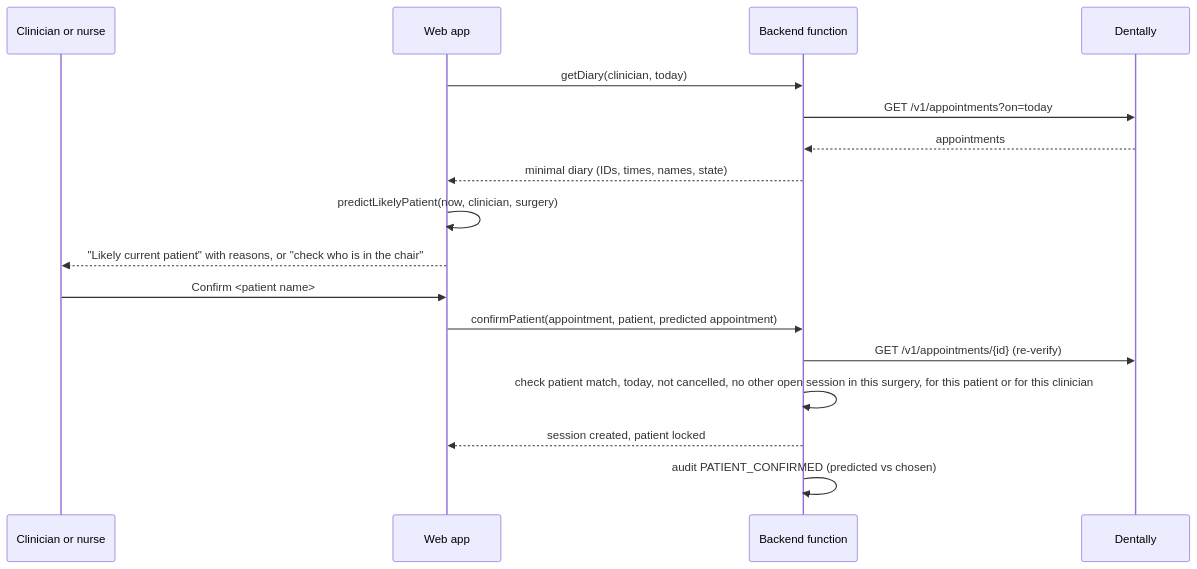
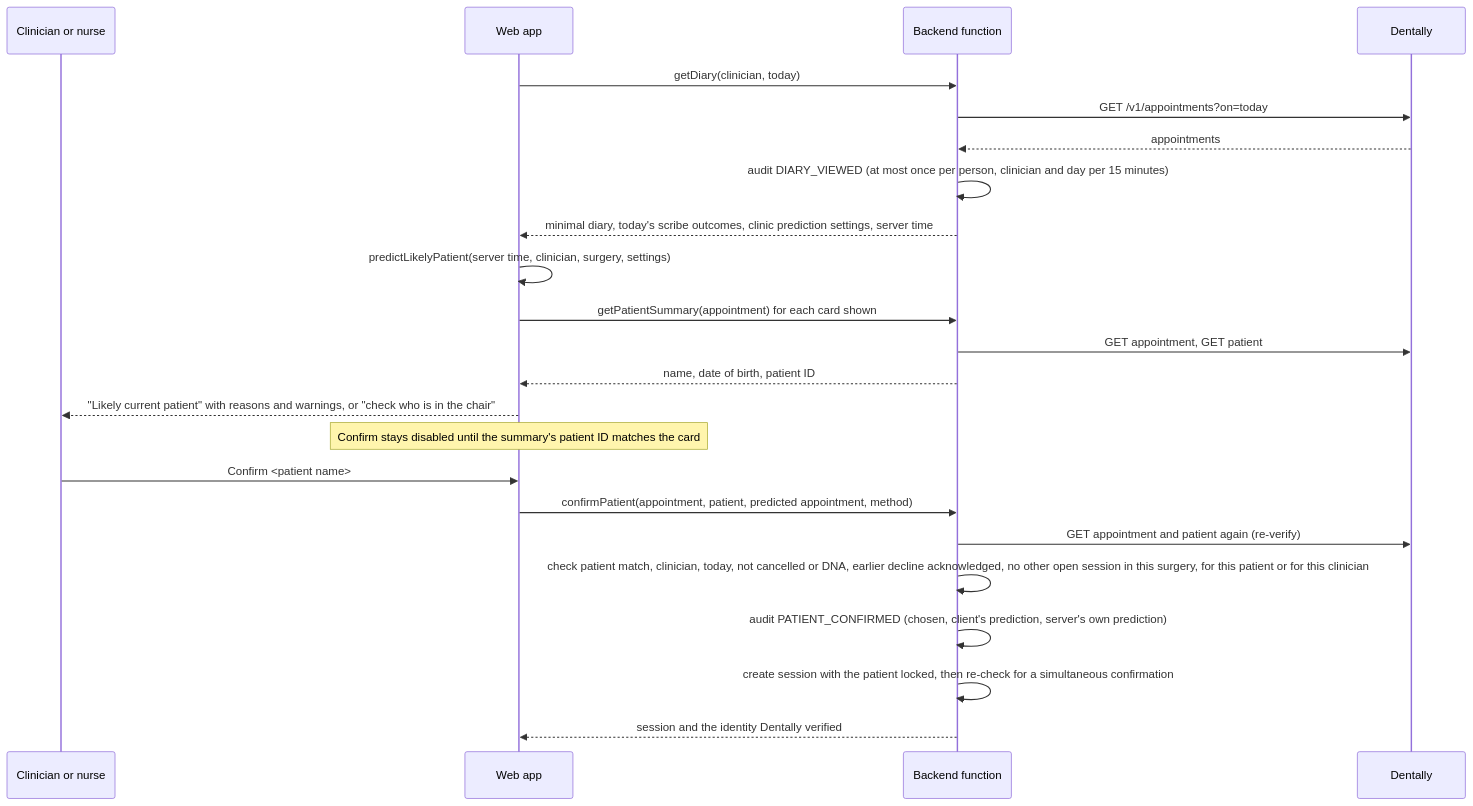
One commit to hishamsaqib-create/auranotetaker-pro changed the second of 3 diagrams in docs/architecture.md. Above: the diagram before and after it, drawn with Mermaid. The commit also changed other lines of this file and 53 other files, not shown here.

First line of the commit message:
Fix independent safety review findings in patient confirmation

````diff
--- a/docs/architecture.md
+++ b/docs/architecture.md
@@ -126,19 +128,25 @@
 ```mermaid
 sequenceDiagram
   participant U as Clinician or nurse
   participant W as Web app
   participant F as Backend function
   participant D as Dentally
   W->>F: getDiary(clinician, today)
   F->>D: GET /v1/appointments?on=today
   D-->>F: appointments
-  F-->>W: minimal diary (IDs, times, names, state)
-  W->>W: predictLikelyPatient(now, clinician, surgery)
-  W-->>U: "Likely current patient" with reasons, or "check who is in the chair"
+  F->>F: audit DIARY_VIEWED (at most once per person, clinician and day per 15 minutes)
+  F-->>W: minimal diary, today's scribe outcomes, clinic prediction settings, server time
+  W->>W: predictLikelyPatient(server time, clinician, surgery, settings)
+  W->>F: getPatientSummary(appointment) for each card shown
+  F->>D: GET appointment, GET patient
+  F-->>W: name, date of birth, patient ID
+  W-->>U: "Likely current patient" with reasons and warnings, or "check who is in the chair"
+  Note over W: Confirm stays disabled until the summary's patient ID matches the card
   U->>W: Confirm <patient name>
-  W->>F: confirmPatient(appointment, patient, predicted appointment)
-  F->>D: GET /v1/appointments/{id} (re-verify)
-  F->>F: check patient match, today, not cancelled, no other open session in this surgery, for this patient or for this clinician
-  F-->>W: session created, patient locked
-  F->>F: audit PATIENT_CONFIRMED (predicted vs chosen)
+  W->>F: confirmPatient(appointment, patient, predicted appointment, method)
+  F->>D: GET appointment and patient again (re-verify)
+  F->>F: check patient match, clinician, today, not cancelled or DNA, earlier decline acknowledged, no other open session in this surgery, for this patient or for this clinician
+  F->>F: audit PATIENT_CONFIRMED (chosen, client's prediction, server's own prediction)
+  F->>F: create session with the patient locked, then re-check for a simultaneous confirmation
+  F-->>W: session and the identity Dentally verified
 ```
````
